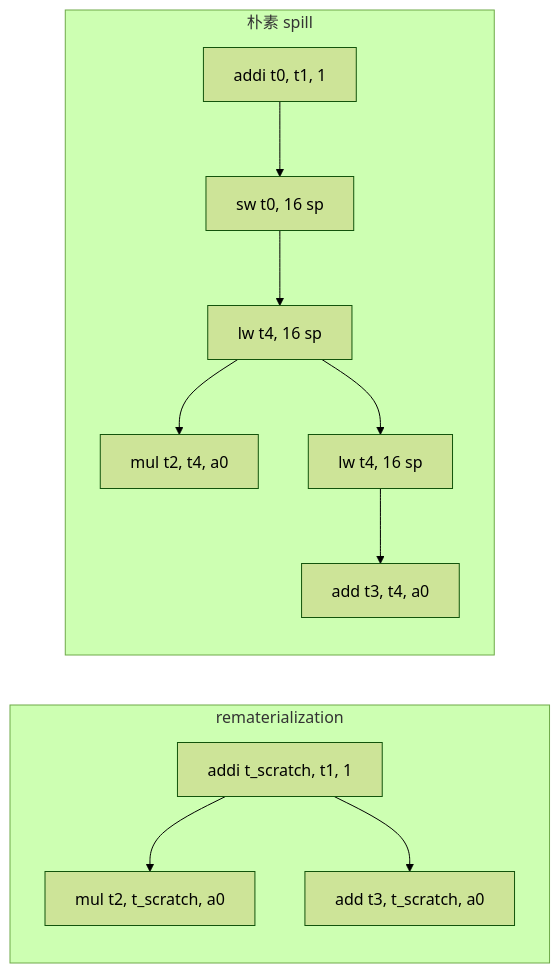
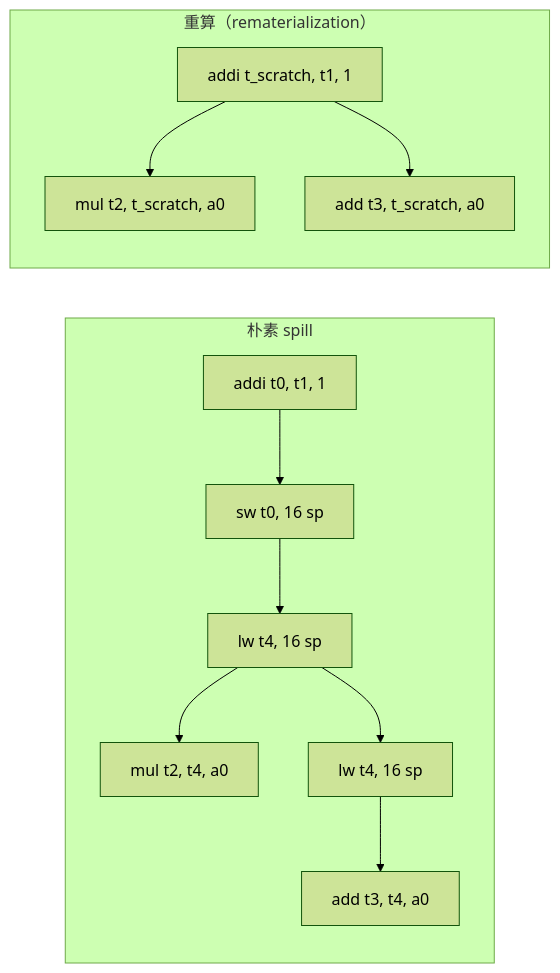
The diagram in docs/optim/asm-spill.md (lightsmilew/compiler-principles), drawn with Mermaid (forest theme) before and after one commit. The commit also changed other lines of this file and 32 other files, not shown here.

Commit message:
docs: unify assessment flow and submission guidance

````diff
--- a/docs/optim/asm-spill.md
+++ b/docs/optim/asm-spill.md
@@ -44,18 +44,16 @@
 ```mermaid
-%% 两块面板上下排布：Mermaid 会把后写的子图放在上方，因此这里先写 rematerialization，
-%% 渲染出来才是上=朴素 spill、下=rematerialization；面板内部竖排，整图不会被横向拉长。
 flowchart LR
-  subgraph rematerialization
-    direction TB
-    D2[addi t_scratch, t1, 1] --> M2[mul t2, t_scratch, a0]
-    D2 --> M3[add t3, t_scratch, a0]
-  end
-  subgraph 朴素 spill
+  subgraph Naive["朴素 spill"]
     direction TB
     D1[addi t0, t1, 1] --> S1[sw t0, 16 sp]
     S1 --> L1[lw t4, 16 sp]
     L1 --> M1[mul t2, t4, a0]
     L1 --> L2[lw t4, 16 sp]
     L2 --> A1[add t3, t4, a0]
   end
+  subgraph Remat["重算（rematerialization）"]
+    direction TB
+    D2[addi t_scratch, t1, 1] --> M2[mul t2, t_scratch, a0]
+    D2 --> M3[add t3, t_scratch, a0]
+  end
 ```
````
